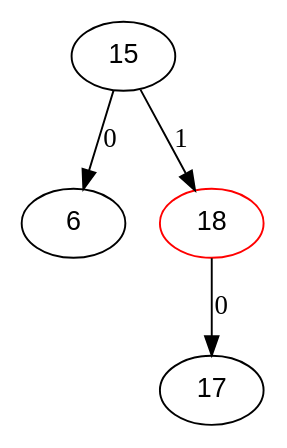
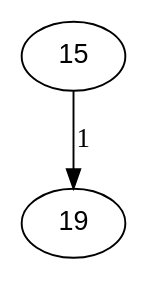
One commit to SergioMenaQuispe/visualizador changed the diagram in tree/tree.dot. Above: the diagram before and after it, drawn with Graphviz. The commit also changed 2 other files, not shown here.

```diff
--- a/tree/tree.dot
+++ b/tree/tree.dot
@@ -1,8 +1,8 @@
 digraph BST {
 	node [fontname="Arial"];
-	15 -> 6[label="0"]
-	15 -> 18[label="1"]
-	18 -> 17[label="0"]
-	18[color=red]
+	15
+
+	15 -> 19[label="1"]
+	19
 
 }
```
